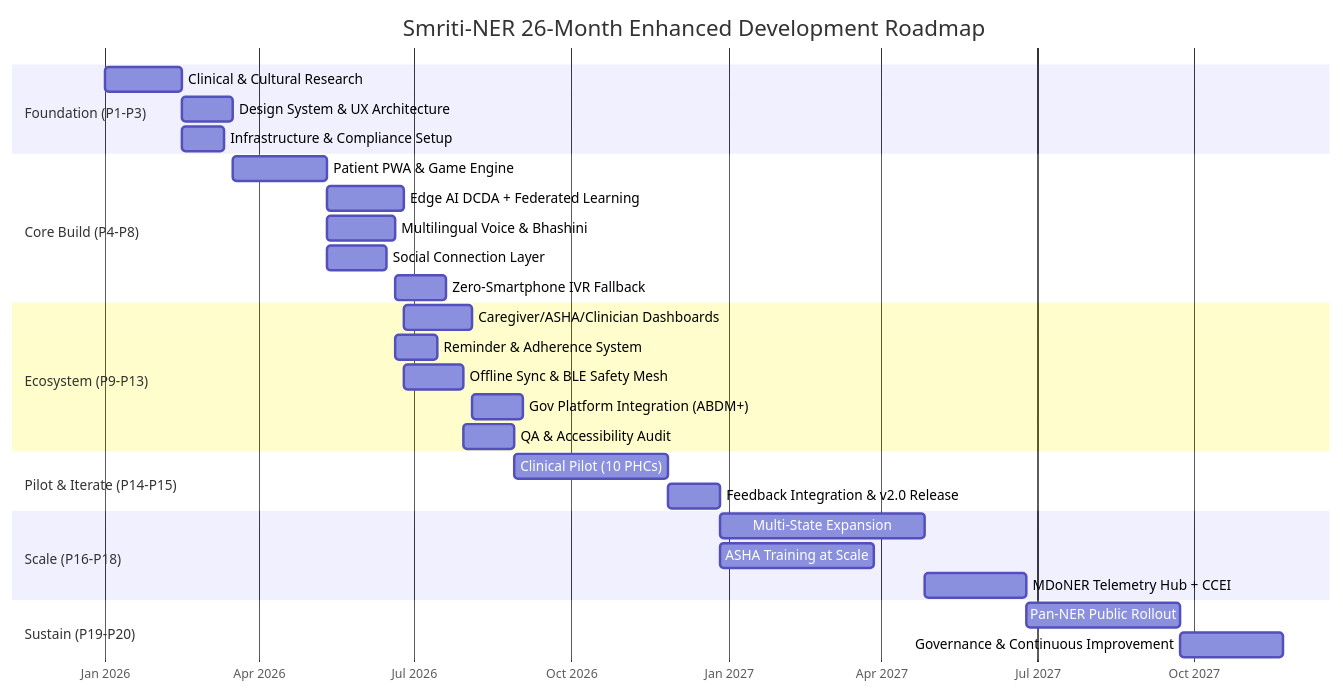
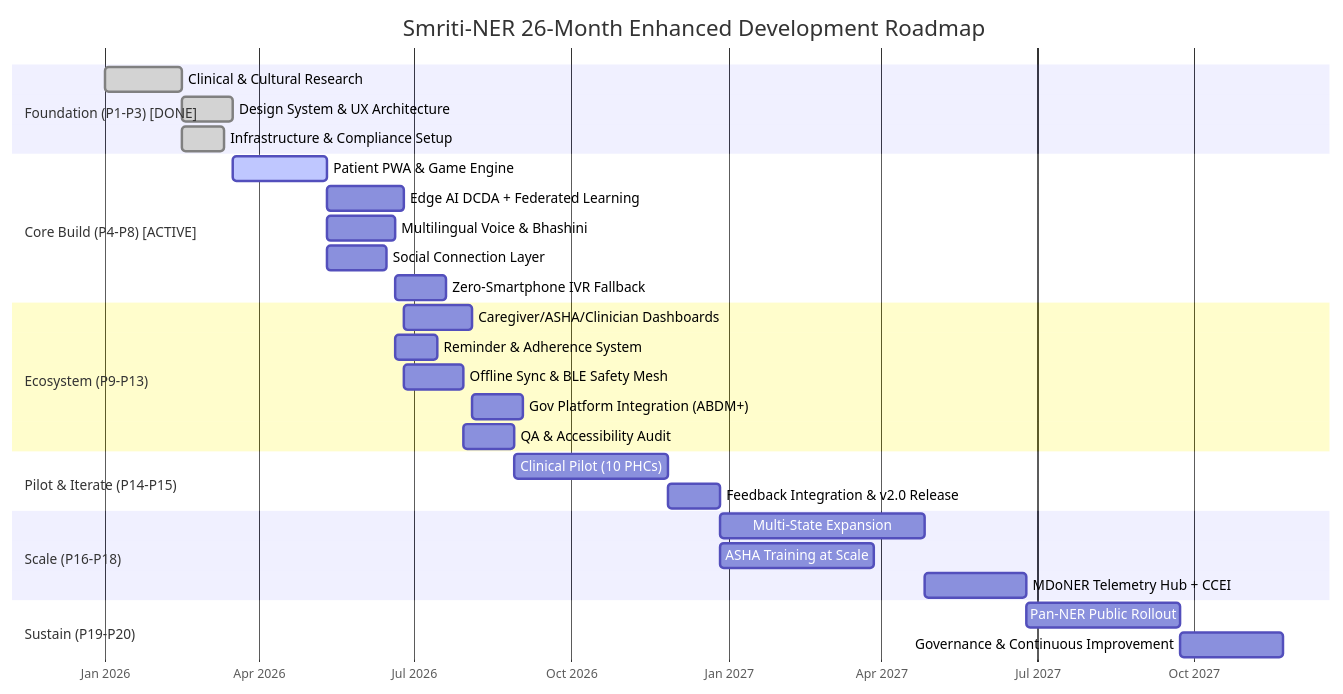
One commit to NetPranav/SIH003 changed the first of 2 diagrams in docs/Roadmap_2.md. Above: the diagram before and after it, drawn with Mermaid. The commit also changed other lines of this file, not shown here.

Commit message:
docs(roadmap): add task-level, sub-phase, and milestone checklists with completed and pending status tracking

````diff
--- a/docs/Roadmap_2.md
+++ b/docs/Roadmap_2.md
@@ -27,38 +28,38 @@
 ```mermaid
 gantt
     title Smriti-NER 26-Month Enhanced Development Roadmap
     dateFormat YYYY-MM-DD
     axisFormat %b %Y
 
-    section Foundation (P1-P3)
-    Clinical & Cultural Research        :p1, 2026-01-01, 45d
-    Design System & UX Architecture     :p2, after p1, 30d
-    Infrastructure & Compliance Setup   :p3, after p1, 25d
+    section Foundation (P1-P3) [DONE]
+    Clinical & Cultural Research        :done, p1, 2026-01-01, 45d
+    Design System & UX Architecture     :done, p2, after p1, 30d
+    Infrastructure & Compliance Setup   :done, p3, after p1, 25d
 
-    section Core Build (P4-P8)
-    Patient PWA & Game Engine           :p4, after p2, 55d
+    section Core Build (P4-P8) [ACTIVE]
+    Patient PWA & Game Engine           :active, p4, after p2, 55d
     Edge AI DCDA + Federated Learning   :p5, after p4, 45d
     Multilingual Voice & Bhashini       :p6, after p4, 40d
     Social Connection Layer             :p7, after p4, 35d
     Zero-Smartphone IVR Fallback        :p8, after p6, 30d
 
     section Ecosystem (P9-P13)
     Caregiver/ASHA/Clinician Dashboards :p9, after p5, 40d
     Reminder & Adherence System         :p10, after p6, 25d
     Offline Sync & BLE Safety Mesh      :p11, after p5, 35d
     Gov Platform Integration (ABDM+)    :p12, after p9, 30d
     QA & Accessibility Audit            :p13, after p11, 30d
 
     section Pilot & Iterate (P14-P15)
     Clinical Pilot (10 PHCs)            :p14, after p13, 90d
     Feedback Integration & v2.0 Release :p15, after p14, 30d
 
     section Scale (P16-P18)
     Multi-State Expansion               :p16, after p15, 120d
     ASHA Training at Scale              :p17, after p15, 90d
     MDoNER Telemetry Hub + CCEI         :p18, after p16, 60d
 
     section Sustain (P19-P20)
     Pan-NER Public Rollout              :p19, after p18, 90d
     Governance & Continuous Improvement :p20, after p19, 60d
 ```
````
